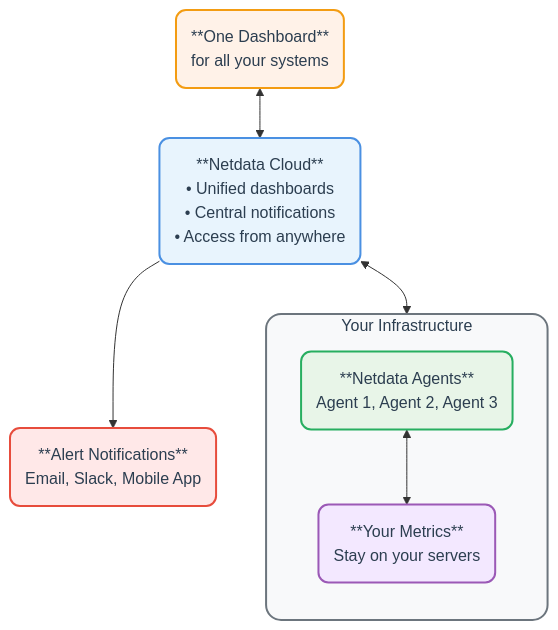
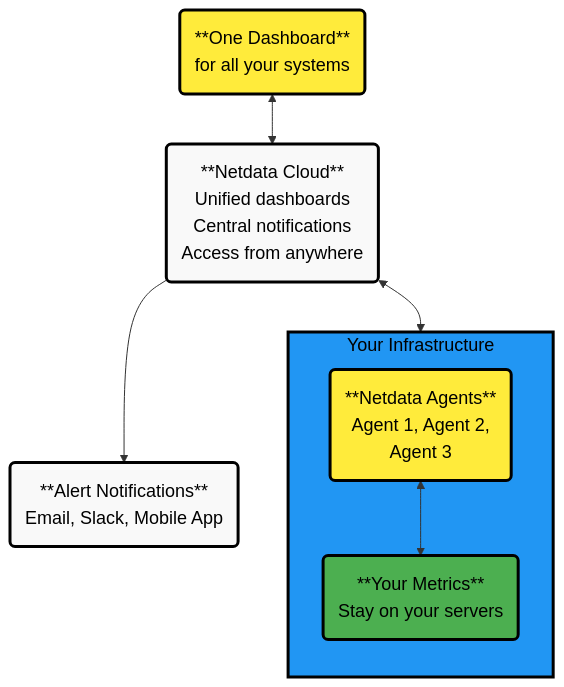
Before and after one commit to netdata/netdata: the first of 2 diagrams in docs/deployment-guides/standalone-deployment.md, drawn with Mermaid. The commit also changed 21 other files, not shown here.

Commit message:
Fix Mermaid diagrams across multiple files

````diff
--- a/docs/deployment-guides/standalone-deployment.md
+++ b/docs/deployment-guides/standalone-deployment.md
@@ -22,34 +22,29 @@
 ```mermaid
 flowchart TB
-    NC[NC]
-    Users[Users]
-    Notifications[Notifications]
-    NC("**Netdata Cloud**<br/>• Unified dashboards<br/>• Central notifications<br/>• Access from anywhere")
+    NC("**Netdata Cloud**<br/>Unified dashboards<br/>Central notifications<br/>Access from anywhere")
     Users("**One Dashboard**<br/>for all your systems")
     Notifications("**Alert Notifications**<br/>Email, Slack, Mobile App")
     Users <--> NC
     NC --> Notifications
 
     subgraph infrastructure["Your Infrastructure"]
         direction TB
-        Agents[Agents]
-        Data[Data]
-        Agents("**Netdata Agents**<br/>Agent 1, Agent 2, Agent 3")
+        Agents("**Netdata Agents**<br/>Agent 1, Agent 2,<br/>Agent 3")
         Data("**Your Metrics**<br/>Stay on your servers")
         Agents <--> Data
     end
 
     NC <--> Agents
-    classDef cloud fill: #e8f4fd, stroke: #4a90e2, stroke-width: 2px, color: #2c3e50, rx: 10, ry: 10
-    classDef users fill: #fff2e8, stroke: #f39c12, stroke-width: 2px, color: #2c3e50, rx: 10, ry: 10
-    classDef notifications fill: #ffe8e8, stroke: #e74c3c, stroke-width: 2px, color: #2c3e50, rx: 10, ry: 10
-    classDef agents fill: #e8f5e8, stroke: #27ae60, stroke-width: 2px, color: #2c3e50, rx: 10, ry: 10
-    classDef data fill: #f3e8ff, stroke: #9b59b6, stroke-width: 2px, color: #2c3e50, rx: 10, ry: 10
-    classDef subgraphStyle fill: #f8f9fa, stroke: #6c757d, stroke-width: 2px, color: #2c3e50, rx: 15, ry: 15
-    class NC cloud
-    class Users users
-    class Notifications notifications
-    class Agents agents
-    class Data data
-    class infrastructure subgraphStyle
+
+    %% Style definitions
+    classDef alert fill:#ffeb3b,stroke:#000000,stroke-width:3px,color:#000000,font-size:18px
+    classDef neutral fill:#f9f9f9,stroke:#000000,stroke-width:3px,color:#000000,font-size:18px
+    classDef complete fill:#4caf50,stroke:#000000,stroke-width:3px,color:#000000,font-size:18px
+    classDef database fill:#2196F3,stroke:#000000,stroke-width:3px,color:#000000,font-size:18px
+
+    %% Apply styles
+    class Users,Agents alert
+    class NC,Notifications neutral
+    class Data complete
+    class infrastructure database
 ```
````
